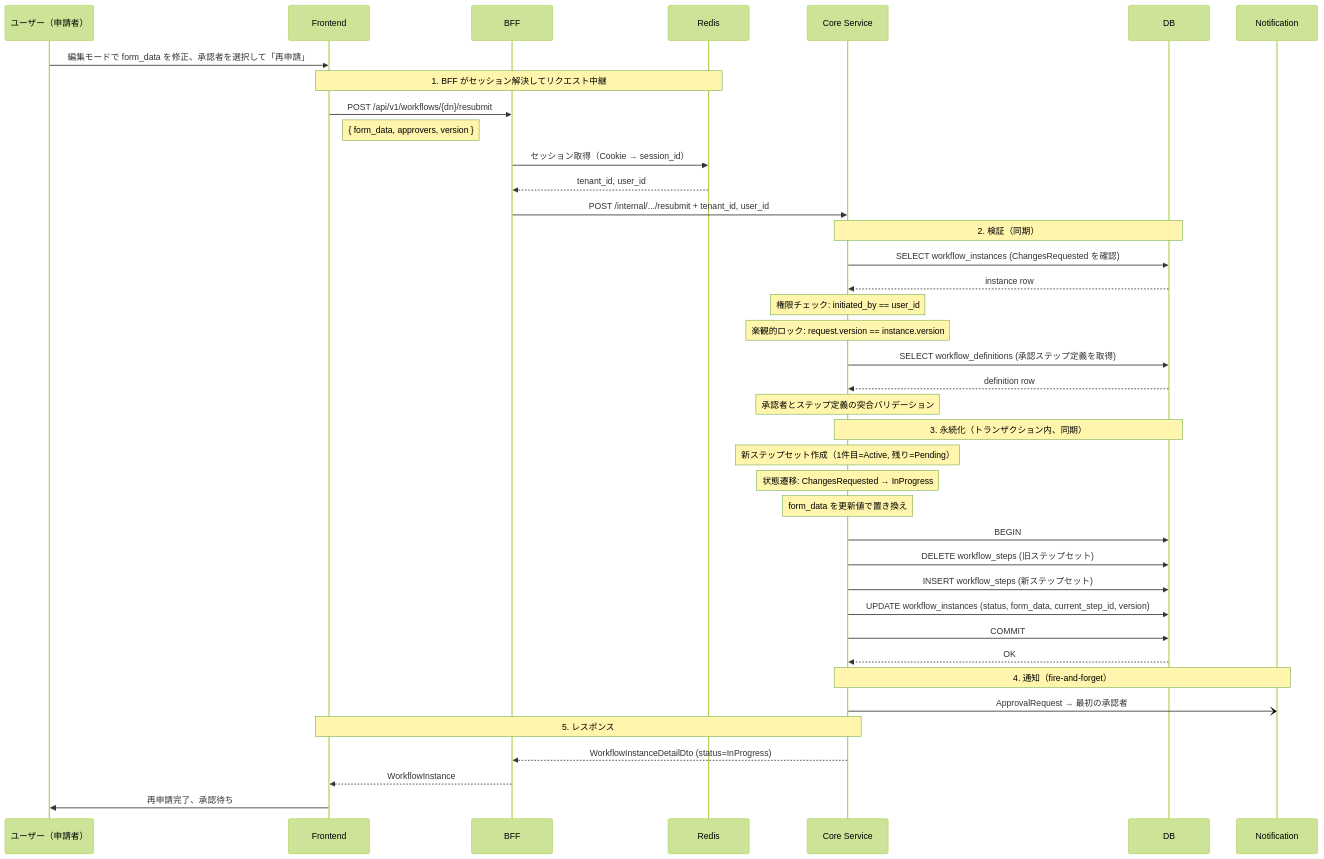
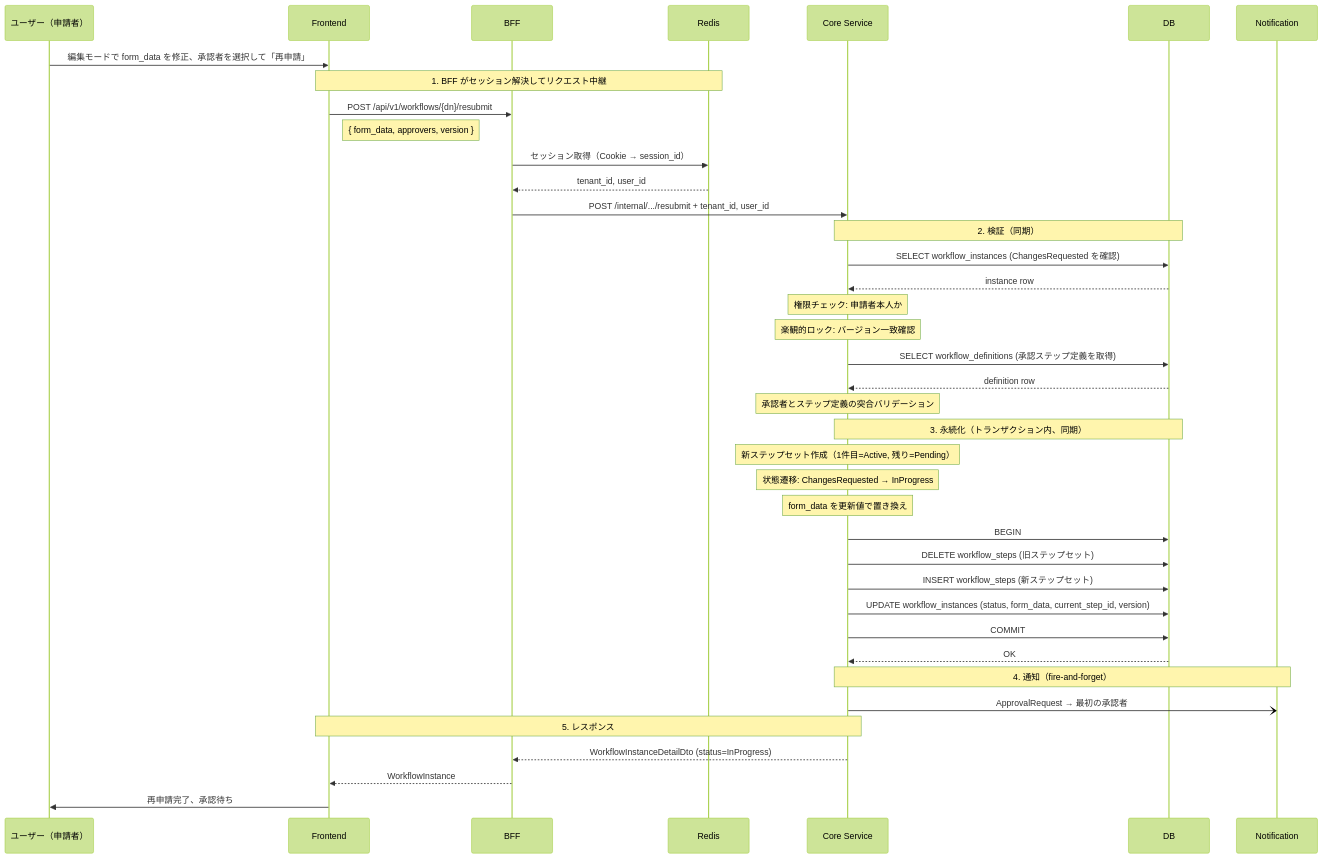
One commit to ka2kama/ringiflow changed the first of 2 diagrams in docs/90_実装解説/ワークフロー/03_差し戻し・再申請フロー.md. Above: the diagram before and after it, drawn with Mermaid (forest theme). The commit also changed other lines of this file and 2 other files, not shown here.

First line of the commit message:
#1128 Remove internal implementation details from flow docs

````diff
--- a/docs/90_実装解説/ワークフロー/03_差し戻し・再申請フロー.md
+++ b/docs/90_実装解説/ワークフロー/03_差し戻し・再申請フロー.md
@@ -30,47 +30,47 @@
 ```mermaid
 sequenceDiagram
     participant U as ユーザー（申請者）
     participant FE as Frontend
     participant BFF as BFF
     participant Redis as Redis
     participant Core as Core Service
     participant DB as DB
     participant Notify as Notification
 
     U->>FE: 編集モードで form_data を修正、承認者を選択して「再申請」
 
     Note over FE, Redis: 1. BFF がセッション解決してリクエスト中継
     FE->>BFF: POST /api/v1/workflows/{dn}/resubmit
     Note right of FE: { form_data, approvers, version }
     BFF->>Redis: セッション取得（Cookie → session_id）
     Redis-->>BFF: tenant_id, user_id
     BFF->>Core: POST /internal/.../resubmit + tenant_id, user_id
 
     Note over Core, DB: 2. 検証（同期）
     Core->>DB: SELECT workflow_instances (ChangesRequested を確認)
     DB-->>Core: instance row
-    Note over Core: 権限チェック: initiated_by == user_id
-    Note over Core: 楽観的ロック: request.version == instance.version
+    Note over Core: 権限チェック: 申請者本人か
+    Note over Core: 楽観的ロック: バージョン一致確認
     Core->>DB: SELECT workflow_definitions (承認ステップ定義を取得)
     DB-->>Core: definition row
     Note over Core: 承認者とステップ定義の突合バリデーション
 
     Note over Core, DB: 3. 永続化（トランザクション内、同期）
     Note over Core: 新ステップセット作成（1件目=Active, 残り=Pending）
     Note over Core: 状態遷移: ChangesRequested → InProgress
     Note over Core: form_data を更新値で置き換え
     Core->>DB: BEGIN
     Core->>DB: DELETE workflow_steps (旧ステップセット)
     Core->>DB: INSERT workflow_steps (新ステップセット)
     Core->>DB: UPDATE workflow_instances (status, form_data, current_step_id, version)
     Core->>DB: COMMIT
     DB-->>Core: OK
 
     Note over Core, Notify: 4. 通知（fire-and-forget）
     Core-)Notify: ApprovalRequest → 最初の承認者
 
     Note over Core, FE: 5. レスポンス
     Core-->>BFF: WorkflowInstanceDetailDto (status=InProgress)
     BFF-->>FE: WorkflowInstance
     FE->>U: 再申請完了、承認待ち
 ```
````
